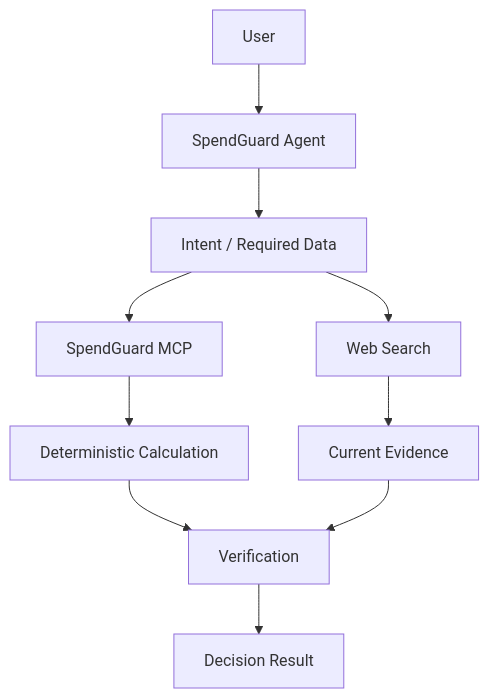
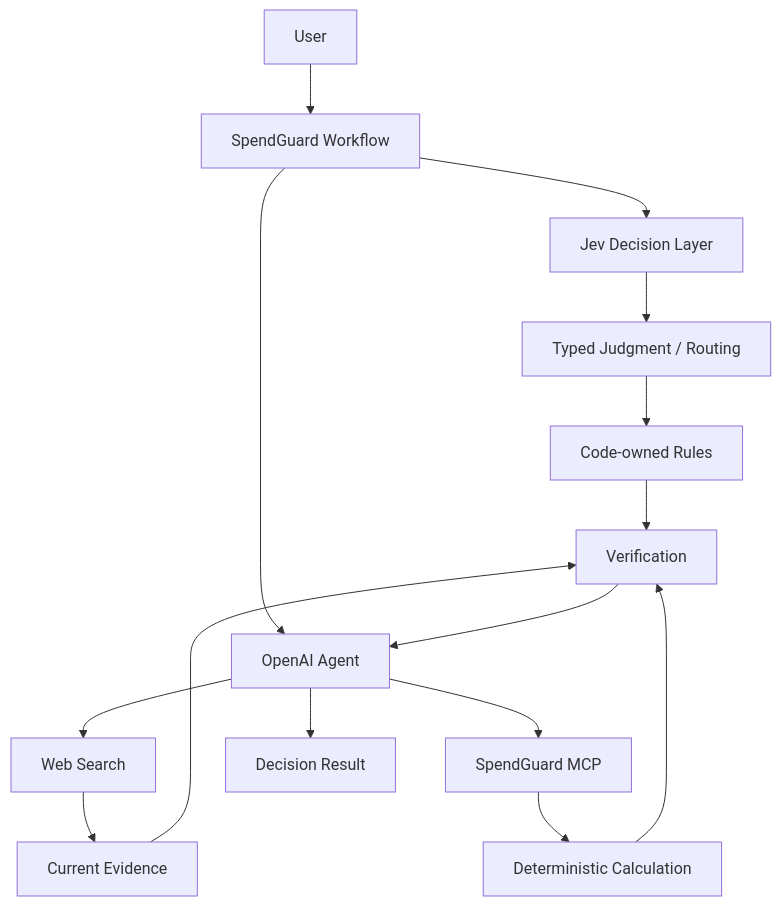
Before and after one commit to seoheejung/spendguard-agent: the diagram in README.md, drawn with Mermaid. The commit also changed other lines of this file and 5 other files, not shown here.

````diff
--- a/README.md
+++ b/README.md
@@ -21,12 +29,23 @@
 ```mermaid
 flowchart TD
-    User["User"] --> Agent["SpendGuard Agent"]
-    Agent --> Intent["Intent / Required Data"]
-    Intent --> MCP["SpendGuard MCP"]
-    Intent --> Search["Web Search"]
+    User["User"] --> Workflow["SpendGuard Workflow"]
+
+    Workflow --> Jev["Jev Decision Layer"]
+    Workflow --> Agent["OpenAI Agent"]
+
+    Jev --> Routing["Typed Judgment / Routing"]
+    Routing --> Rules["Code-owned Rules"]
+
+    Agent --> Search["Web Search"]
+    Agent --> MCP["SpendGuard MCP"]
+
     MCP --> Calc["Deterministic Calculation"]
     Search --> Evidence["Current Evidence"]
-    Calc --> Verify["Verification"]
+
+    Rules --> Verify["Verification"]
+    Calc --> Verify
     Evidence --> Verify
-    Verify --> Result["Decision Result"]
+
+    Verify --> Agent
+    Agent --> Result["Decision Result"]
 ```
````
